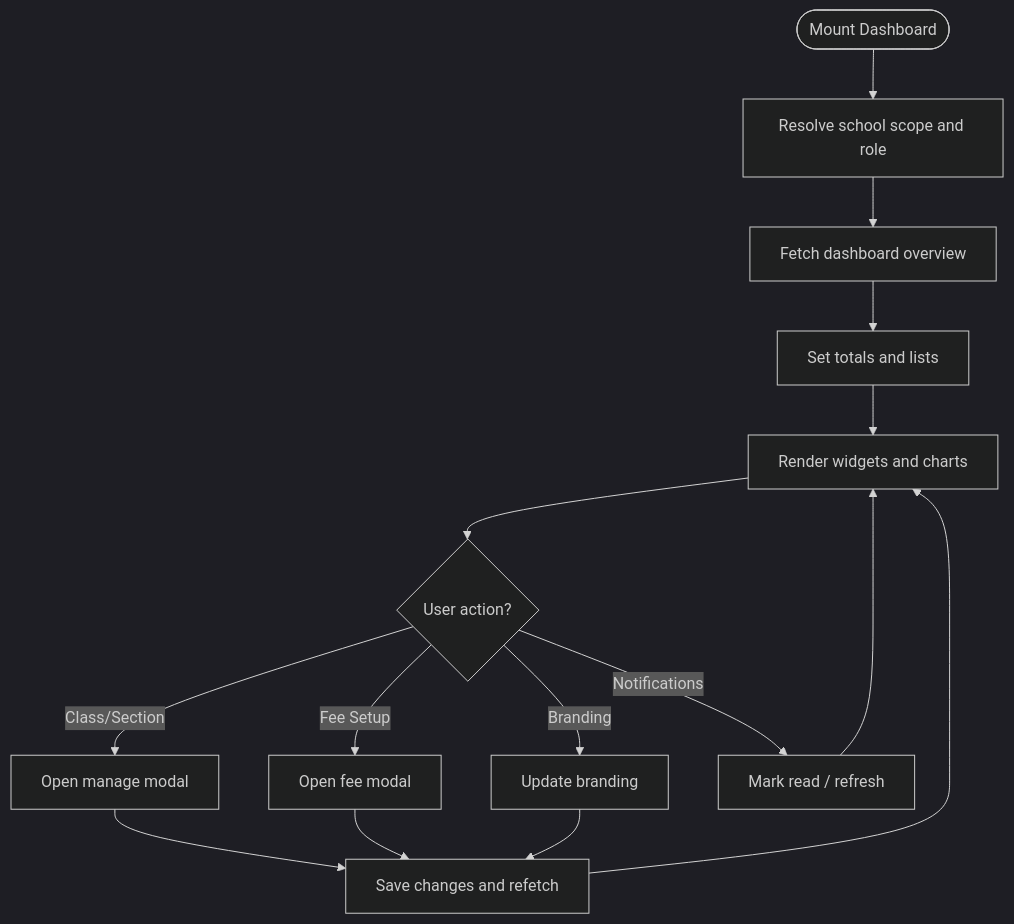
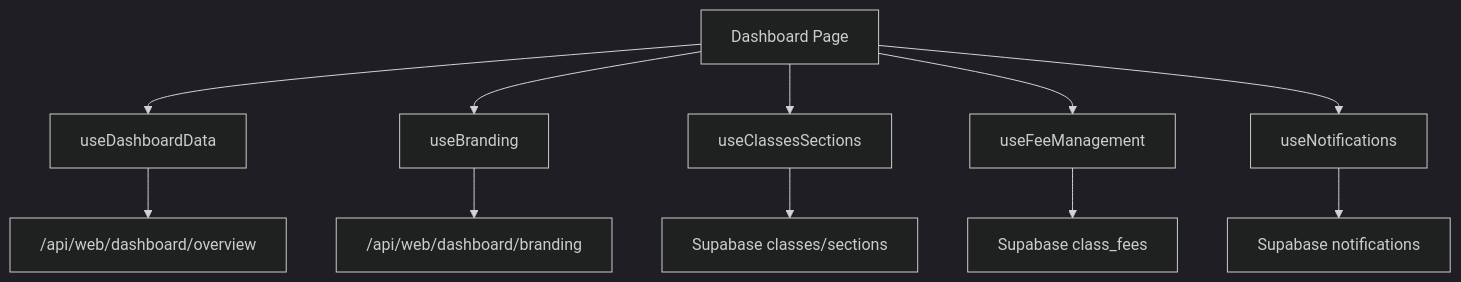
Before and after one commit to mustafaalkusaj/appschoolmustafa2002: the third of 4 diagrams in .qoder/repowiki/en/content/Dashboard & Analytics/Dashboard & Analytics.md, drawn with Mermaid (dark theme). The commit also changed other lines of this file and 85 other files, not shown here.

````diff
--- a/.qoder/repowiki/en/content/Dashboard & Analytics/Dashboard & Analytics.md
+++ b/.qoder/repowiki/en/content/Dashboard & Analytics/Dashboard & Analytics.md
@@ -195,17 +234,13 @@
 ```mermaid
-flowchart TD
-Start(["Mount Dashboard"]) --> Scope["Resolve school scope and role"]
-Scope --> Fetch["Fetch dashboard overview"]
-Fetch --> Totals["Set totals and lists"]
-Totals --> Render["Render widgets and charts"]
-Render --> Actions{"User action?"}
-Actions --> |Class/Section| Manage["Open manage modal"]
-Actions --> |Fee Setup| Fee["Open fee modal"]
-Actions --> |Branding| Brand["Update branding"]
-Actions --> |Notifications| Notify["Mark read / refresh"]
-Manage --> Save["Save changes and refetch"]
-Fee --> Save
-Brand --> Save
-Notify --> Render
-Save --> Render
+graph TB
+DP["Dashboard Page"] --> H1["useDashboardData"]
+DP --> H2["useBranding"]
+DP --> H3["useClassesSections"]
+DP --> H4["useFeeManagement"]
+DP --> H5["useNotifications"]
+H1 --> API1["/api/web/dashboard/overview"]
+H2 --> API2["/api/web/dashboard/branding"]
+H3 --> DB1["Supabase classes/sections"]
+H4 --> DB2["Supabase class_fees"]
+H5 --> DB3["Supabase notifications"]
 ```
````
